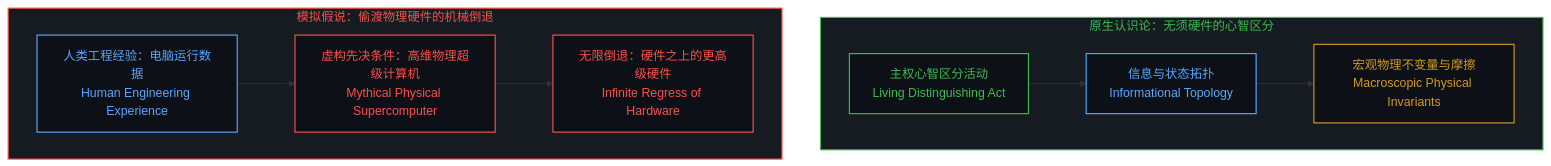
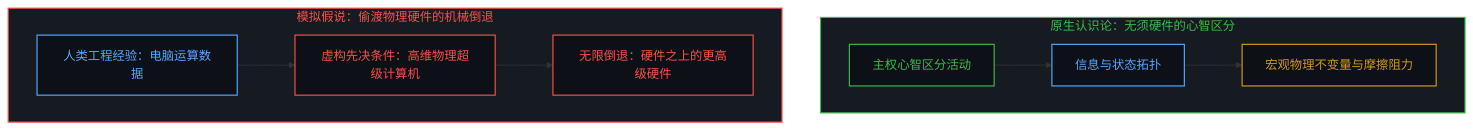
Before and after one commit to powerpig99/not-a-toe: the first of 10 diagrams in content/posts/all-that-can-be-spoken-is-the-product-of-the-unspeakable.md, drawn with Mermaid. The commit also changed other lines of this file and 8 other files, not shown here.

````diff
--- a/content/posts/all-that-can-be-spoken-is-the-product-of-the-unspeakable.md
+++ b/content/posts/all-that-can-be-spoken-is-the-product-of-the-unspeakable.md
@@ -15,25 +15,25 @@
 ```mermaid
 graph TD
     classDef default fill:#0d1117,stroke:#30363d,stroke-width:1px,color:#f0f6fc;
     classDef mind fill:#0d1117,stroke:#3fb950,stroke-width:1.5px,color:#3fb950;
     classDef failure fill:#0d1117,stroke:#f85149,stroke-width:1.5px,color:#f85149;
     classDef scaffold fill:#0d1117,stroke:#d29922,stroke-width:1.5px,color:#d29922;
     classDef model fill:#0d1117,stroke:#58a6ff,stroke-width:1.5px,color:#58a6ff;
 
     subgraph S_True ["原生认识论：无须硬件的心智区分"]
-        M1["主权心智区分活动<br/>Living Distinguishing Act"]:::mind
-        M2["信息与状态拓扑<br/>Informational Topology"]:::model
-        M3["宏观物理不变量与摩擦<br/>Macroscopic Physical Invariants"]:::scaffold
+        M1["主权心智区分活动"]:::mind
+        M2["信息与状态拓扑"]:::model
+        M3["宏观物理不变量与摩擦阻力"]:::scaffold
         M1 --> M2 --> M3
     end
 
     subgraph S_Fallacy ["模拟假说：偷渡物理硬件的机械倒退"]
-        F1["人类工程经验：电脑运行数据<br/>Human Engineering Experience"]:::model
-        F2["虚构先决条件：高维物理超级计算机<br/>Mythical Physical Supercomputer"]:::failure
-        F3["无限倒退：硬件之上的更高级硬件<br/>Infinite Regress of Hardware"]:::failure
+        F1["人类工程经验：电脑运算数据"]:::model
+        F2["虚构先决条件：高维物理超级计算机"]:::failure
+        F3["无限倒退：硬件之上的更高级硬件"]:::failure
         F1 --> F2 --> F3
     end
 
     style S_True fill:#161b22,stroke:#3fb950,stroke-width:1.5px,color:#3fb950
     style S_Fallacy fill:#161b22,stroke:#f85149,stroke-width:1.5px,color:#f85149
 ```
````
